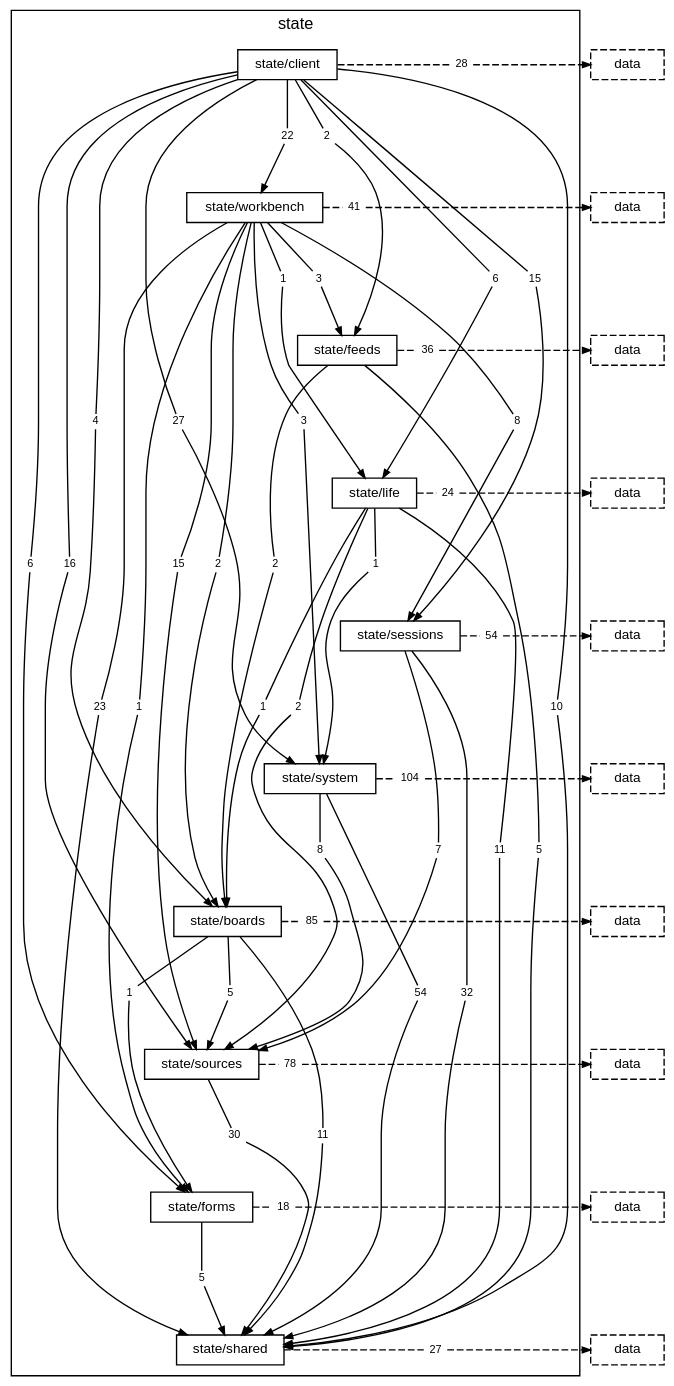
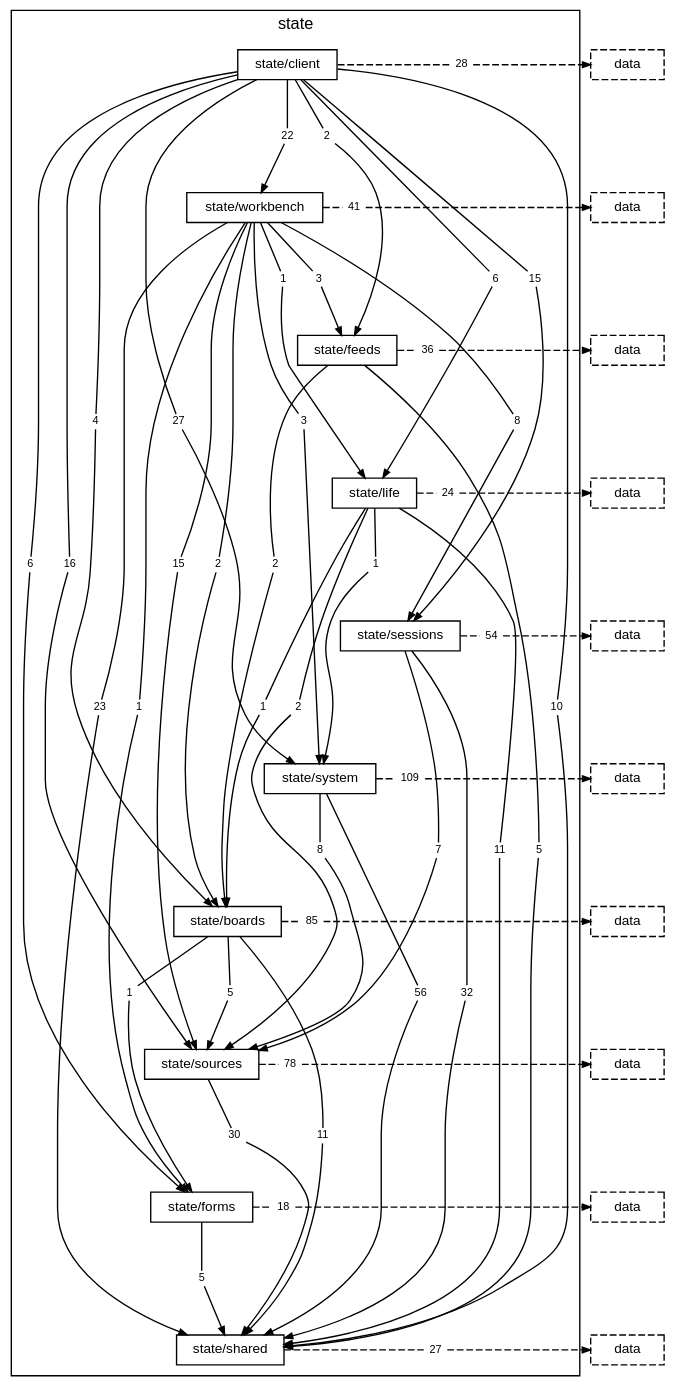
Before and after one commit to TheAxeC/oculus: the diagram in docs/diagrams/layer-state.dot, drawn with Graphviz. The commit also changed 67 other files, not shown here.

```diff
--- a/docs/diagrams/layer-state.dot
+++ b/docs/diagrams/layer-state.dot
@@ -44,9 +44,9 @@
         "folder state/sessions to folder state/shared" [label="32", shape=box, color="transparent", fontsize=8, width=0, height=0, margin="0.04,0.02"];
         "folder state/sessions to folder state/sources" [label="7", shape=box, color="transparent", fontsize=8, width=0, height=0, margin="0.04,0.02"];
         "folder state/sessions to layer data" [label="54", shape=box, color="transparent", fontsize=8, width=0, height=0, margin="0.04,0.02"];
-        "folder state/system to folder state/shared" [label="54", shape=box, color="transparent", fontsize=8, width=0, height=0, margin="0.04,0.02"];
+        "folder state/system to folder state/shared" [label="56", shape=box, color="transparent", fontsize=8, width=0, height=0, margin="0.04,0.02"];
         "folder state/system to folder state/sources" [label="8", shape=box, color="transparent", fontsize=8, width=0, height=0, margin="0.04,0.02"];
-        "folder state/system to layer data" [label="104", shape=box, color="transparent", fontsize=8, width=0, height=0, margin="0.04,0.02"];
+        "folder state/system to layer data" [label="109", shape=box, color="transparent", fontsize=8, width=0, height=0, margin="0.04,0.02"];
         "folder state/boards to folder state/forms" [label="1", shape=box, color="transparent", fontsize=8, width=0, height=0, margin="0.04,0.02"];
         "folder state/boards to folder state/shared" [label="11", shape=box, color="transparent", fontsize=8, width=0, height=0, margin="0.04,0.02"];
         "folder state/boards to folder state/sources" [label="5", shape=box, color="transparent", fontsize=8, width=0, height=0, margin="0.04,0.02"];
```
